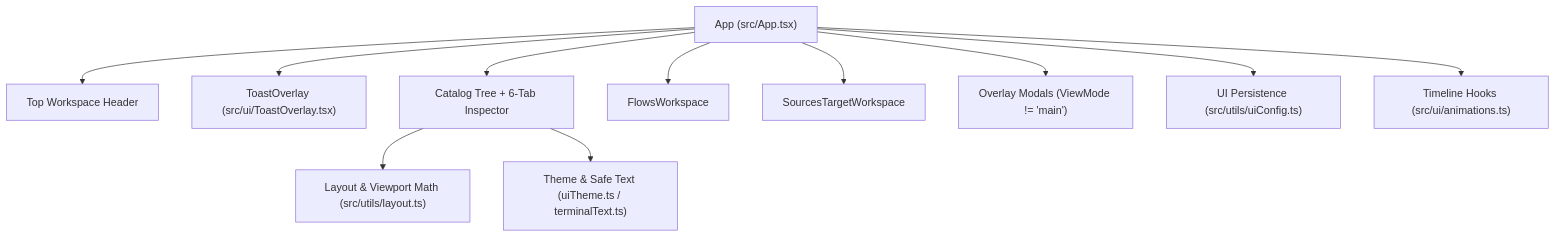
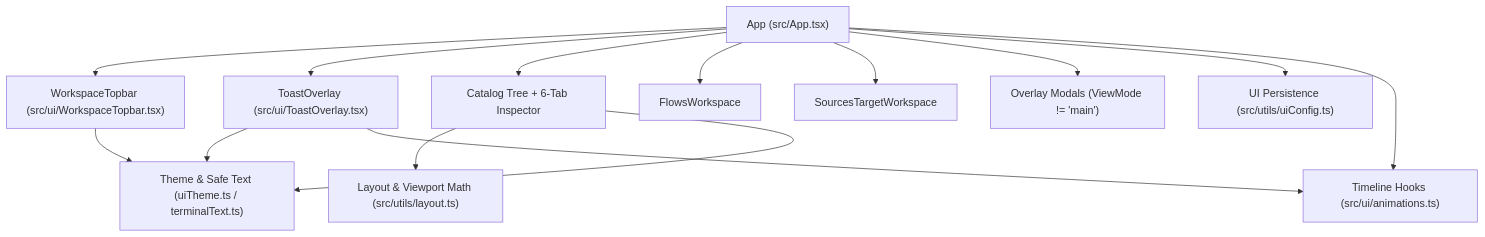
Before and after one commit to lorecanc/manage-agents: the diagram in wiki/components/tui-shell-and-catalog.md, drawn with Mermaid. The commit also changed other lines of this file and 27 other files, not shown here.

````diff
--- a/wiki/components/tui-shell-and-catalog.md
+++ b/wiki/components/tui-shell-and-catalog.md
@@ -25,13 +26,16 @@
 ```mermaid
 graph TD
-    App["App (src/App.tsx)"] --> Header["Top Workspace Header"]
+    App["App (src/App.tsx)"] --> Header["WorkspaceTopbar (src/ui/WorkspaceTopbar.tsx)"]
     App --> Toast["ToastOverlay (src/ui/ToastOverlay.tsx)"]
     App --> Catalog["Catalog Tree + 6-Tab Inspector"]
     App --> Flows["FlowsWorkspace"]
     App --> Sources["SourcesTargetWorkspace"]
     App --> Modals["Overlay Modals (ViewMode != 'main')"]
     Catalog --> Layout["Layout & Viewport Math (src/utils/layout.ts)"]
     Catalog --> Theme["Theme & Safe Text (uiTheme.ts / terminalText.ts)"]
+    Header --> Theme
+    Toast --> Theme
+    Toast --> Anim
     App --> UiConfig["UI Persistence (src/utils/uiConfig.ts)"]
     App --> Anim["Timeline Hooks (src/ui/animations.ts)"]
 ```
````
